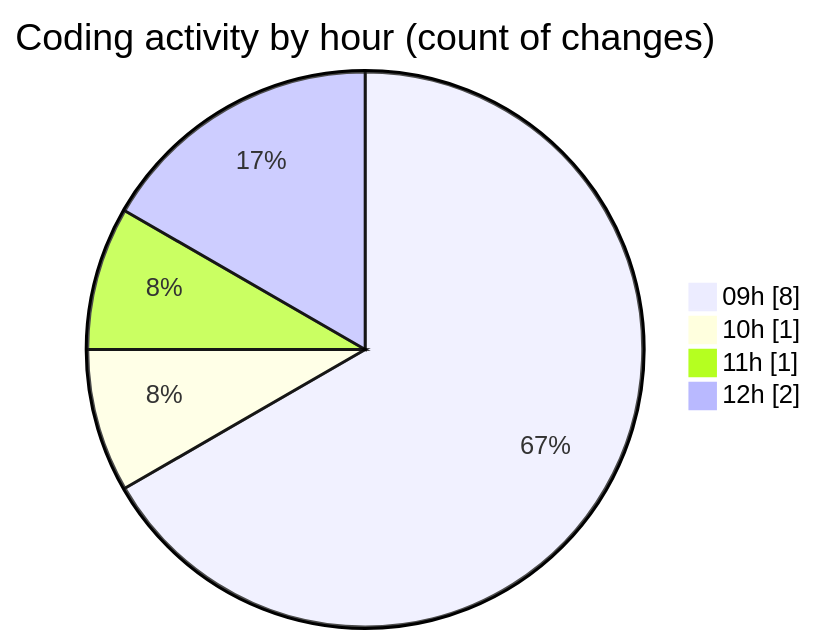
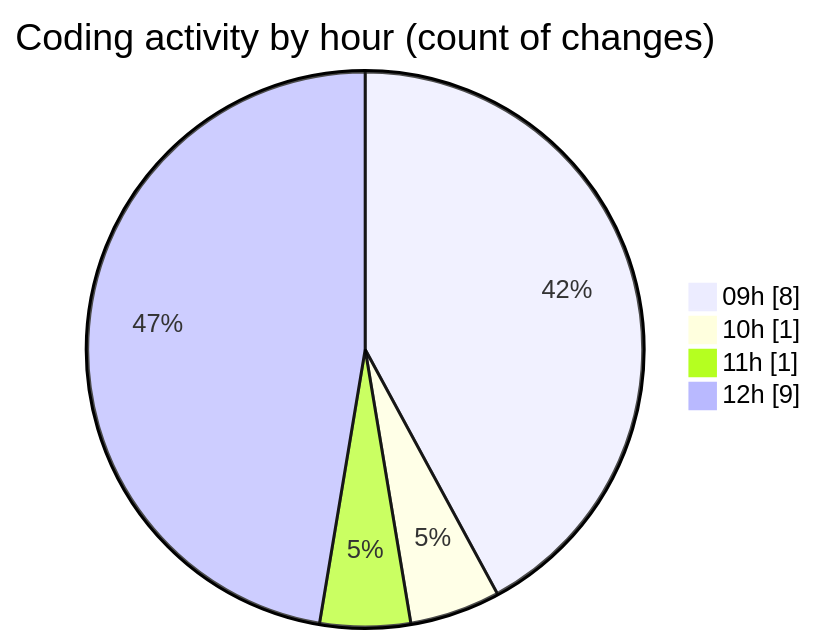
The second of 2 diagrams in 2025-05-06/cda/README.md (momahboobian/code-tracking), drawn with Mermaid before and after one commit. The commit also changed other lines of this file and 1 other file, not shown here.

````diff
--- a/2025-05-06/cda/README.md
+++ b/2025-05-06/cda/README.md
@@ -36,8 +37,8 @@
 ```mermaid
 pie showData
 title Coding activity by hour (count of changes)
 "09h" : 8
 "10h" : 1
 "11h" : 1
-"12h" : 2
+"12h" : 9
 ```
````
